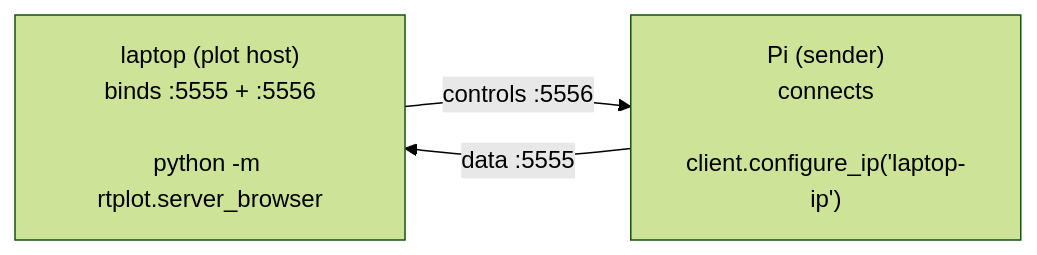
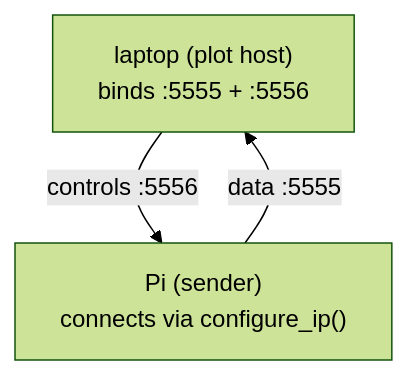
Before and after one commit to jmontp/rtplot: the first of 5 diagrams in docs/networking.md, drawn with Mermaid (forest theme). The commit also changed other lines of this file and 1 other file, not shown here.

First line of the commit message:
Mermaid diagrams: switch flowcharts to TD orientation for mobile

````diff
--- a/docs/networking.md
+++ b/docs/networking.md
@@ -25,7 +25,7 @@
 ```mermaid
-flowchart LR
-    laptop["laptop (plot host)<br/>binds :5555 + :5556<br/><br/>python -m rtplot.server_browser"]
-    pi["Pi (sender)<br/>connects<br/><br/>client.configure_ip('laptop-ip')"]
+flowchart TD
+    laptop["laptop (plot host)<br/>binds :5555 + :5556"]
+    pi["Pi (sender)<br/>connects via configure_ip()"]
     pi -- "data :5555" --> laptop
     laptop -- "controls :5556" --> pi
 ```
````
